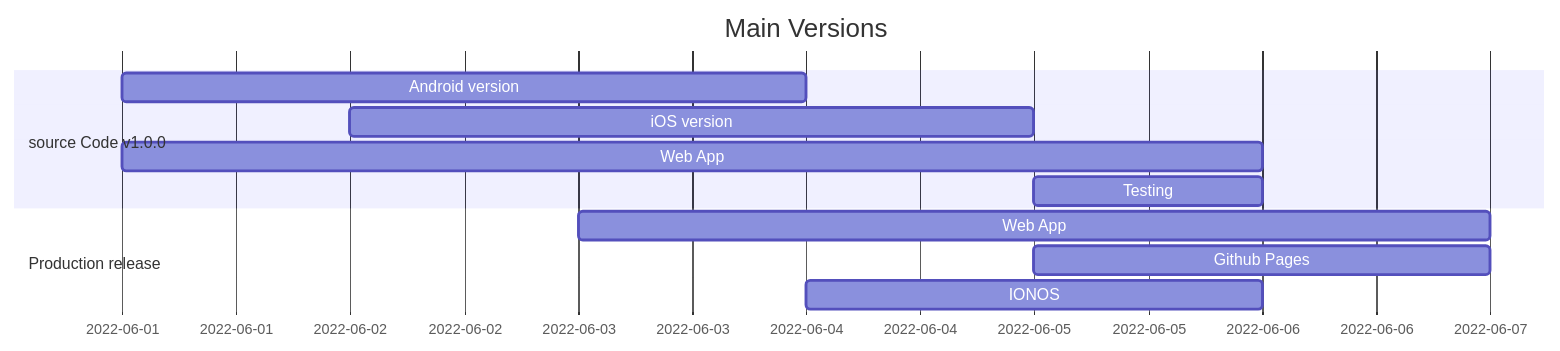
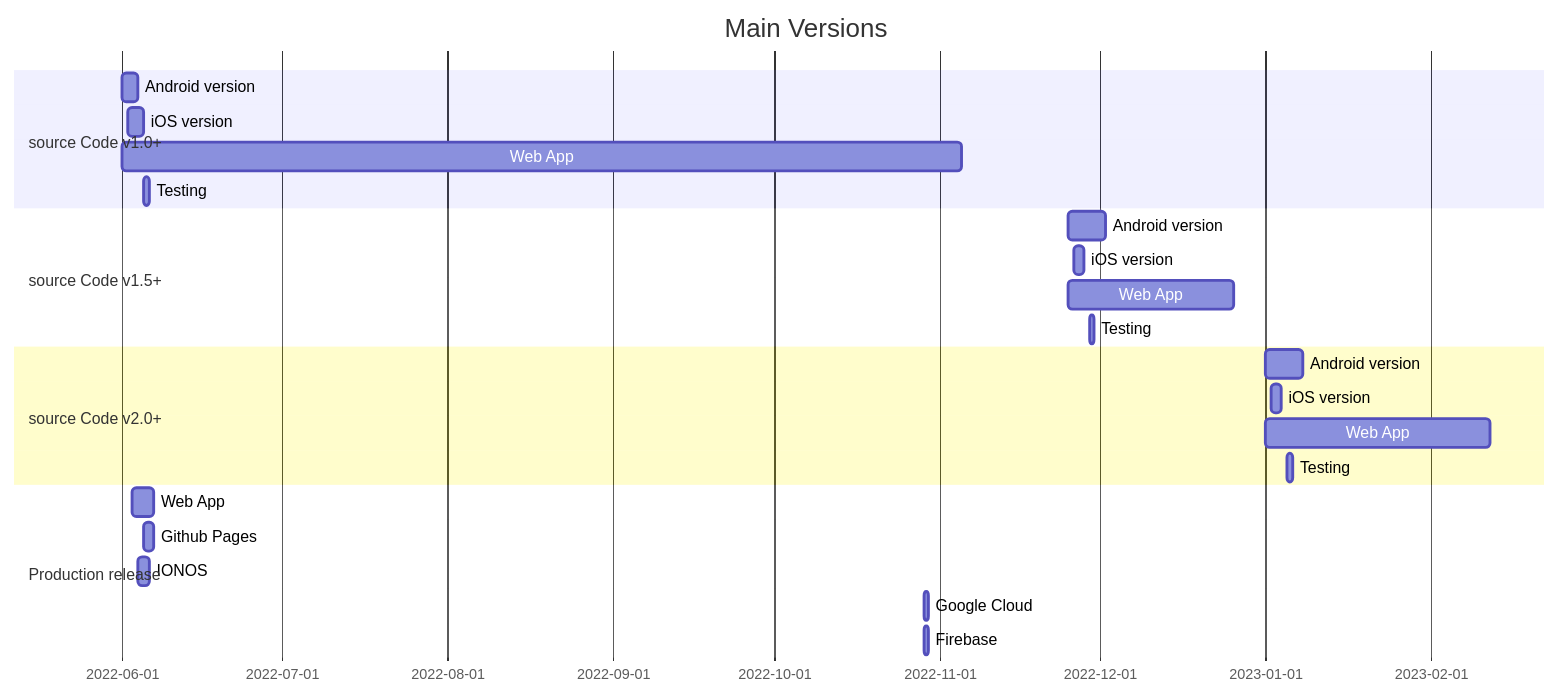
Before and after one commit to ThomasByr/galapsbs: the diagram in README.md, drawn with Mermaid. The commit also changed other lines of this file, not shown here.

Commit message:
latest version of README file 👀

````diff
--- a/README.md
+++ b/README.md
@@ -102,17 +102,31 @@
 ```mermaid
 gantt
     title Main Versions
     dateFormat YYYY-MM-DD
 
-    section source Code v1.0.0
+    section source Code v1.0+
     Android version : 2022-06-01, 3d
     iOS version     : 2022-06-02, 3d
-    Web App         : 2022-06-01, 5d
+    Web App         : 2022-06-01, 157d
     Testing         : 2022-06-05, 1d
+
+    section source Code v1.5+
+    Android version : 2022-11-25, 7d
+    iOS version     : 2022-11-26, 2d
+    Web App         : 2022-11-25, 31d
+    Testing         : 2022-11-29, 1d
+
+    section source Code v2.0+
+    Android version : 2023-01-01, 7d
+    iOS version     : 2023-01-02, 2d
+    Web App         : 2023-01-01, 42d
+    Testing         : 2023-01-05, 1d
 
     section Production release
     Web App      : 2022-06-03, 4d
     Github Pages : 2022-06-05, 2d
     IONOS        : 2022-06-04, 2d
+    Google Cloud : 2022-10-29, 1d
+    Firebase     : 2022-10-29, 1d
 
 ```
````
